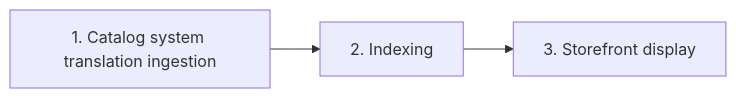
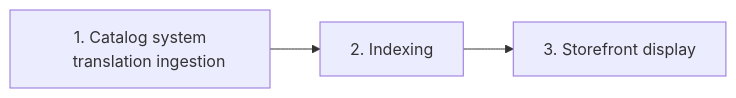
Before and after one commit to vtexdocs/dev-portal-content: the diagram in docs/guides/Catalog/Multi-language/catalog-multi-language-integration-guide.md, drawn with Mermaid.

````diff
--- a/docs/guides/Catalog/Multi-language/catalog-multi-language-integration-guide.md
+++ b/docs/guides/Catalog/Multi-language/catalog-multi-language-integration-guide.md
@@ -41,5 +41,7 @@
 ```mermaid
 flowchart LR
-    A[1. Catalog system translation ingestion] --> B[2. Indexing]
-    B --> C[3. Storefront display]
+    A["`1. Catalog system
+    translation ingestion`"] --> B[2. Indexing]
+    B --> C["`3. Storefront
+    display`"]
 ```
````
